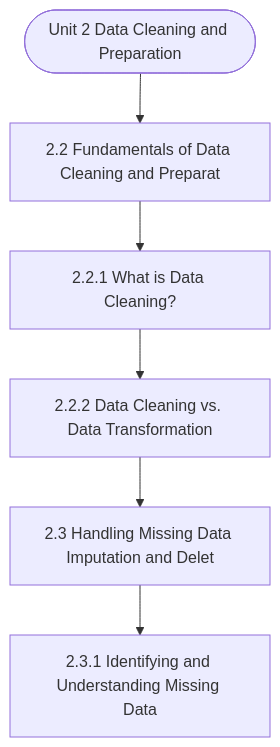
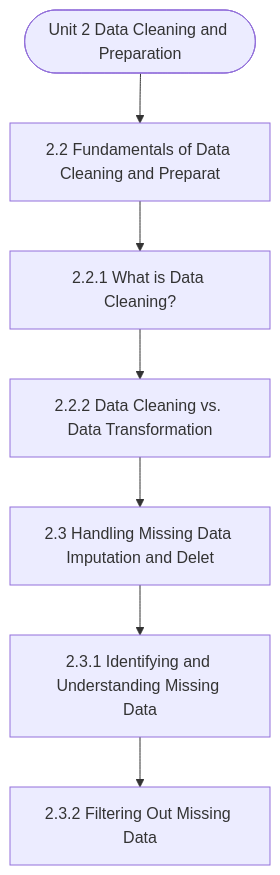
The diagram in notes/Semester_2/MCS-067_Data_Wrangling_and_Visualization/unit_02_Data_Cleaning_and_Preparation.md (Asutosh-Coaching/mscdsa), drawn with Mermaid before and after one commit. The commit also changed other lines of this file and 116 other files, not shown here.

````diff
--- a/notes/Semester_2/MCS-067_Data_Wrangling_and_Visualization/unit_02_Data_Cleaning_and_Preparation.md
+++ b/notes/Semester_2/MCS-067_Data_Wrangling_and_Visualization/unit_02_Data_Cleaning_and_Preparation.md
@@ -19,14 +19,16 @@
 ```mermaid
 flowchart TD
   Start(["Unit 2 Data Cleaning and Preparation"])
   N1["2.2 Fundamentals of Data Cleaning and Preparat"]
   N2["2.2.1 What is Data Cleaning?"]
   N3["2.2.2 Data Cleaning vs. Data Transformation"]
   N4["2.3 Handling Missing Data Imputation and Delet"]
   N5["2.3.1 Identifying and Understanding Missing Data"]
+  N6["2.3.2 Filtering Out Missing Data"]
   Start --> N1
   N1 --> N2
   N2 --> N3
   N3 --> N4
   N4 --> N5
+  N5 --> N6
 ```
````
